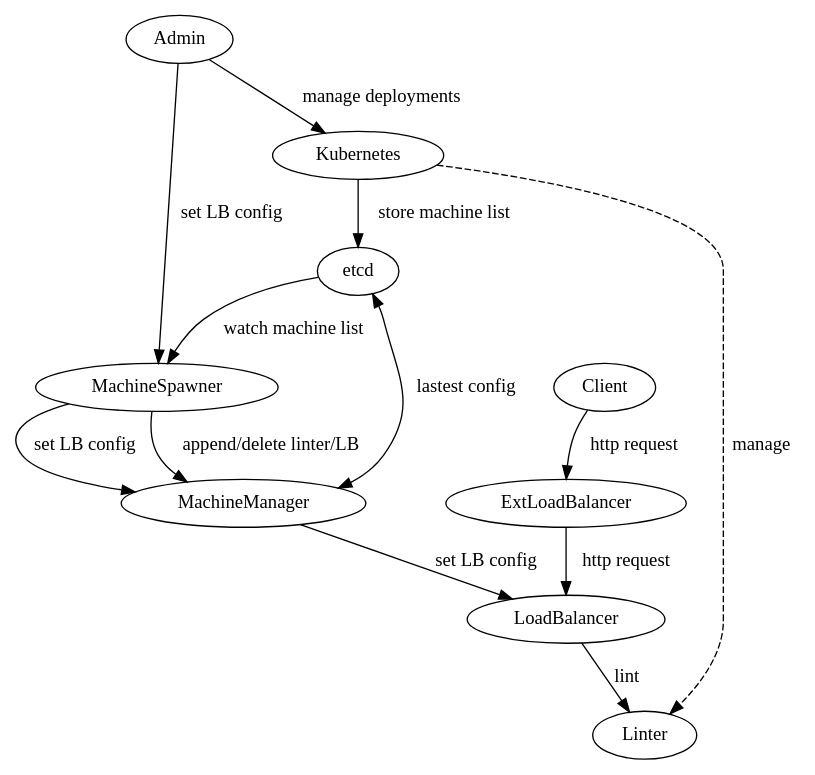
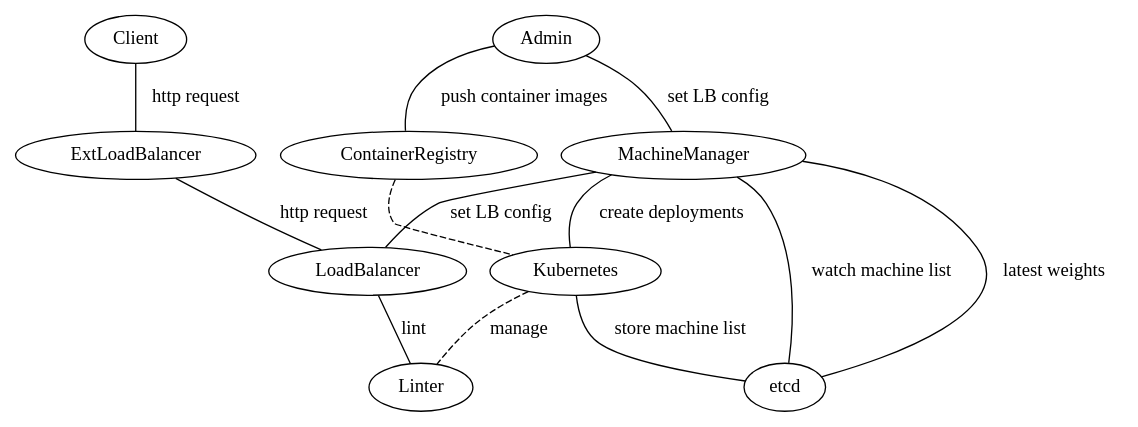
One commit to prawilny/distributed-linters changed the diagram in architecture.dot. Above: the diagram before and after it, drawn with Graphviz. The commit also changed 4 other files, not shown here.

Commit message:
diagram update + dockerfile + makefile

```diff
--- a/architecture.dot
+++ b/architecture.dot
@@ -1,21 +1,18 @@
 // dot architecture.dot -Tsvg > architecture.svg
 
-digraph {
-    Client -> ExtLoadBalancer [label="http request"];
-    ExtLoadBalancer -> LoadBalancer [label="http request"];
-    LoadBalancer -> Linter [label="lint"];
+graph {
+    Admin -- MachineManager[label="set LB config"];
+    Admin -- ContainerRegistry[label="push container images"];
+    ContainerRegistry -- Kubernetes [style="dashed"];
 
-    MachineManager -> etcd[label="lastest config", dir="both"];
-    etcd -> MachineSpawner [label="watch machine list"];
-    MachineManager -> LoadBalancer[label="set LB config"];
+    Client -- ExtLoadBalancer [label="http request"];
+    ExtLoadBalancer -- LoadBalancer [label="http request"];
+    LoadBalancer -- Linter [label="lint"];
 
-    Kubernetes -> Linter [style="dashed", label="manage"];
-
-    MachineSpawner -> MachineManager[label="append/delete linter/LB"];
-    MachineSpawner -> MachineManager[label="set LB config"];
-
-    Admin -> MachineSpawner[label="set LB config"];
-
-    Admin -> Kubernetes[label="manage deployments"];
-    Kubernetes -> etcd[label="store machine list"];
+    Kubernetes -- Linter [style="dashed", label="manage"];
+    Kubernetes -- etcd[label="store machine list"];
+    etcd -- MachineManager [label="watch machine list"];
+    MachineManager -- etcd[label="latest weights"];
+    MachineManager -- Kubernetes[label="create deployments"];
+    MachineManager -- LoadBalancer[label="set LB config"];
 }
```
